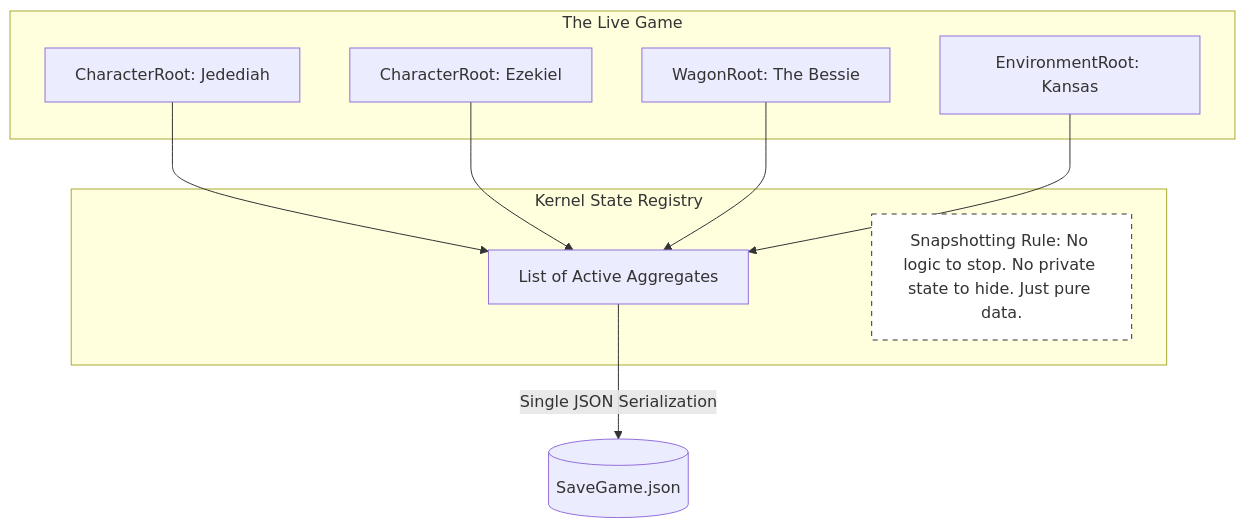
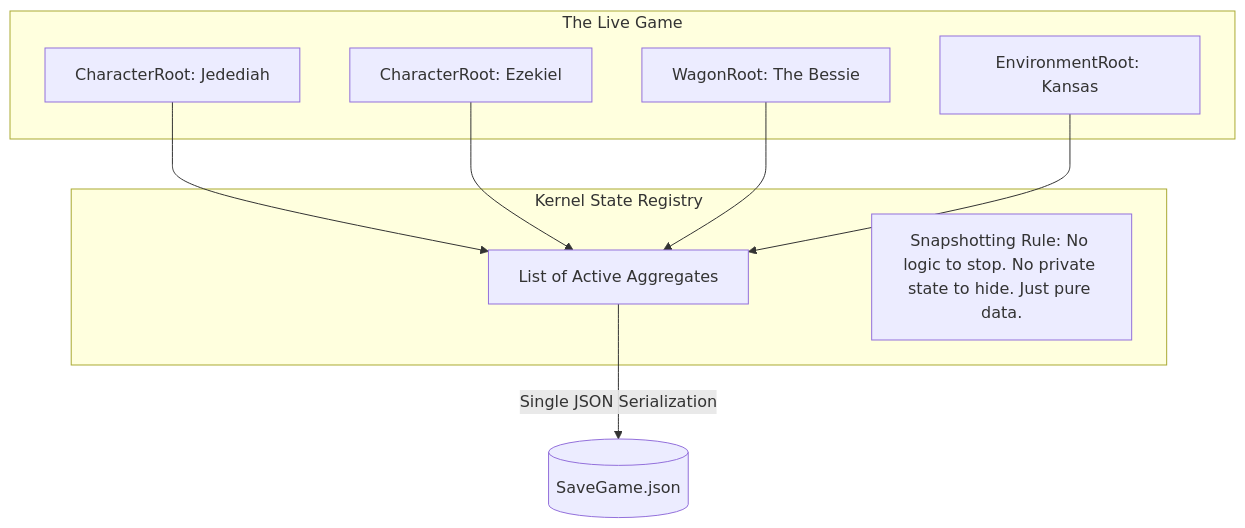
One commit to mnaatjes/oregon-trail-clone changed the fourth of 5 diagrams in docs/explanation/reports/adr/003_anemic_aggregator_domains.md. Above: the diagram before and after it, drawn with Mermaid. The commit also changed other lines of this file and 3 other files, not shown here.

````diff
--- a/docs/explanation/reports/adr/003_anemic_aggregator_domains.md
+++ b/docs/explanation/reports/adr/003_anemic_aggregator_domains.md
@@ -159,22 +159,21 @@
 ```mermaid
 graph TD
     subgraph World_Ecosystem [The Live Game]
         R1[CharacterRoot: Jedediah]
         R2[CharacterRoot: Ezekiel]
         R3[WagonRoot: The Bessie]
         R4[EnvironmentRoot: Kansas]
     end
 
     subgraph State_Registry [Kernel State Registry]
         Registry[List of Active Aggregates]
         SnapshotDesc[Snapshotting Rule: No logic to stop. No private state to hide. Just pure data.]
     end
 
     R1 --> Registry
     R2 --> Registry
     R3 --> Registry
     R4 --> Registry
     Registry -- "Single JSON Serialization" --> SaveFile[(SaveGame.json)]
     
-    style SnapshotDesc fill:#fff,stroke-dasharray: 5 5,stroke:#333
 ```
````
